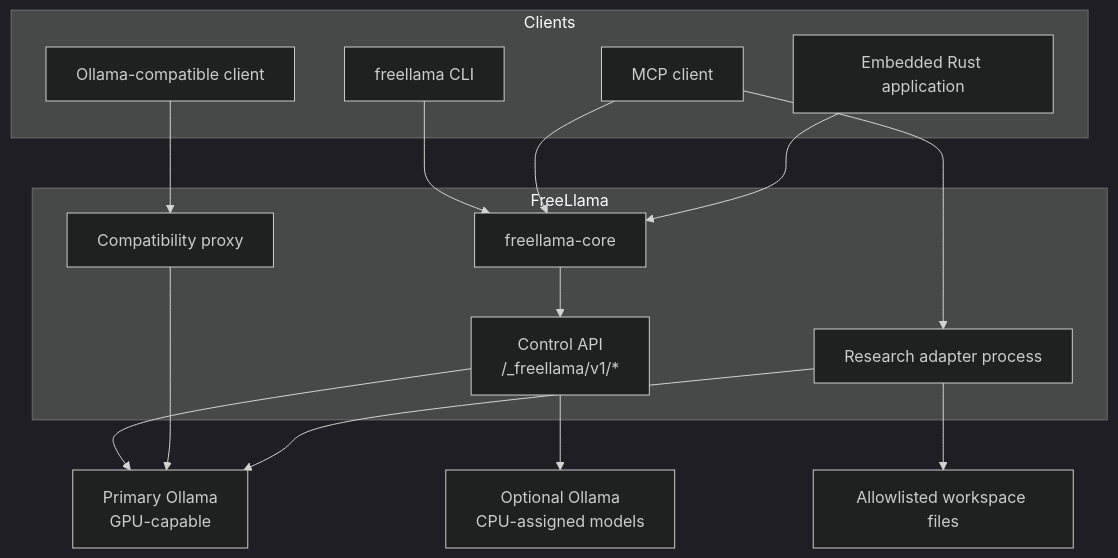
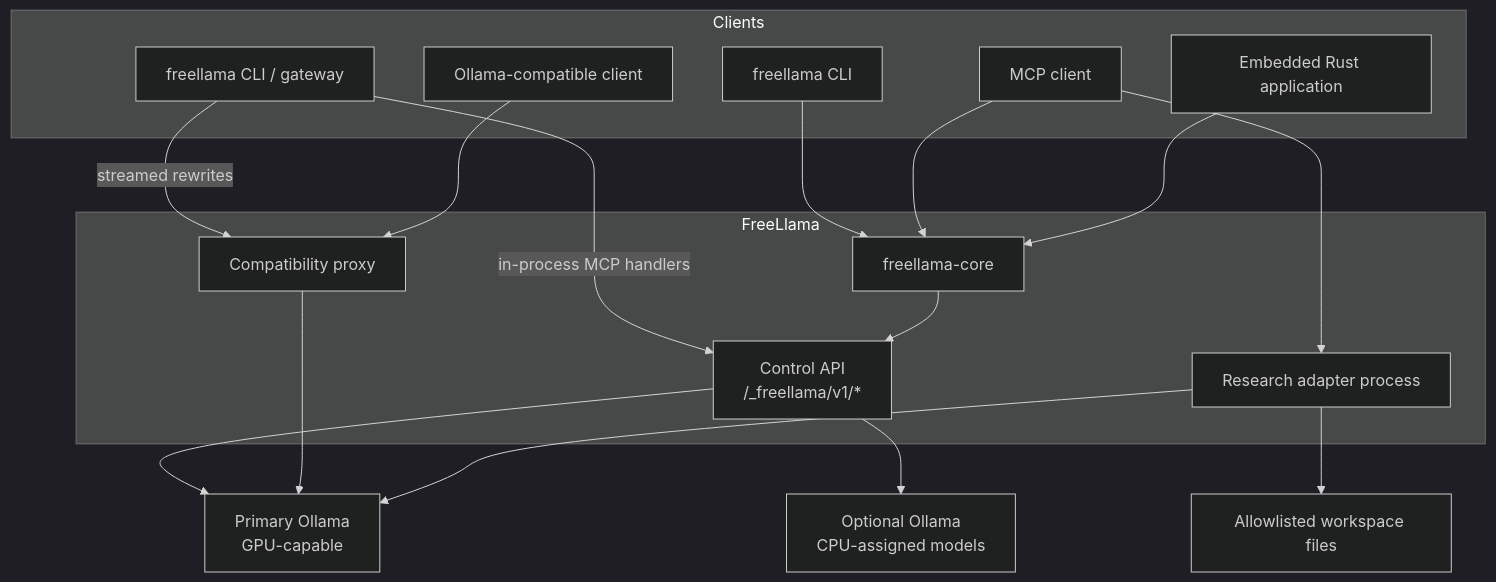
One commit to bgauryy/FreeLlama changed the second of 9 diagrams in docs/ARCHITECTURE.md. Above: the diagram before and after it, drawn with Mermaid (dark theme). The commit also changed other lines of this file and 237 other files, not shown here.

````diff
--- a/docs/ARCHITECTURE.md
+++ b/docs/ARCHITECTURE.md
@@ -70,32 +70,35 @@
 ```mermaid
 flowchart TB
     subgraph clients["Clients"]
         CLI["freellama CLI"]
         MCP["MCP client"]
+        FLL["freellama CLI / gateway"]
         RUST["Embedded Rust application"]
         RAW["Ollama-compatible client"]
     end
 
     subgraph freellama["FreeLlama"]
         CORE["freellama-core"]
         API["Control API<br/>/_freellama/v1/*"]
         PX["Compatibility proxy"]
         ADAPTER["Research adapter process"]
     end
 
     GPU["Primary Ollama<br/>GPU-capable"]
     CPU["Optional Ollama<br/>CPU-assigned models"]
     FILES["Allowlisted workspace files"]
 
     CLI --> CORE
     MCP --> CORE
+    FLL -->|"in-process MCP handlers"| API
+    FLL -->|"streamed rewrites"| PX
     RUST --> CORE
     CORE --> API
     RAW --> PX
     API --> GPU
     API --> CPU
     PX --> GPU
     MCP --> ADAPTER
     ADAPTER --> FILES
     ADAPTER --> GPU
 ```
````
